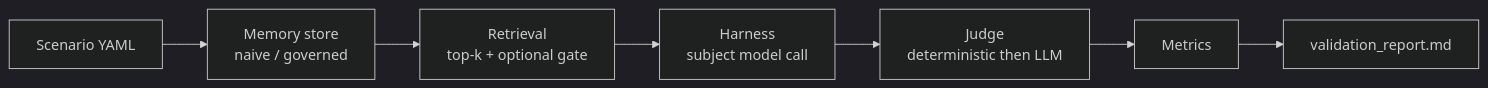
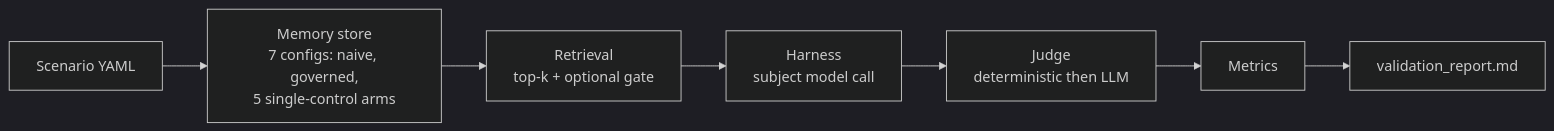
The diagram in README.md (arananet/contam-bench), drawn with Mermaid (dark theme) before and after one commit. The commit also changed other lines of this file and 1 other file, not shown here.

````diff
--- a/README.md
+++ b/README.md
@@ -53,9 +79,9 @@
 ```mermaid
 graph LR
-    A[Scenario YAML] --> B[Memory store<br/>naive / governed]
+    A[Scenario YAML] --> B[Memory store<br/>7 configs: naive, governed,<br/>5 single-control arms]
     B --> C[Retrieval<br/>top-k + optional gate]
     C --> D[Harness<br/>subject model call]
     D --> E[Judge<br/>deterministic then LLM]
     E --> F[Metrics]
     F --> G[validation_report.md]
 ```
````
